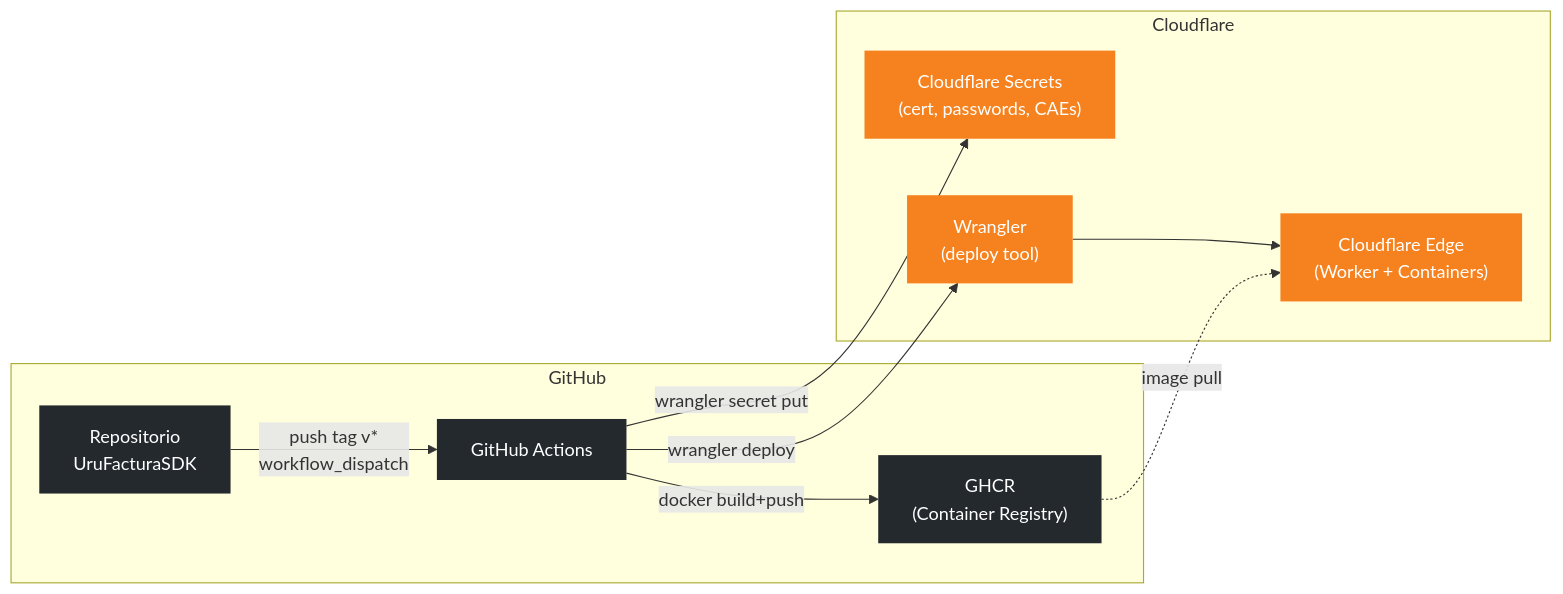
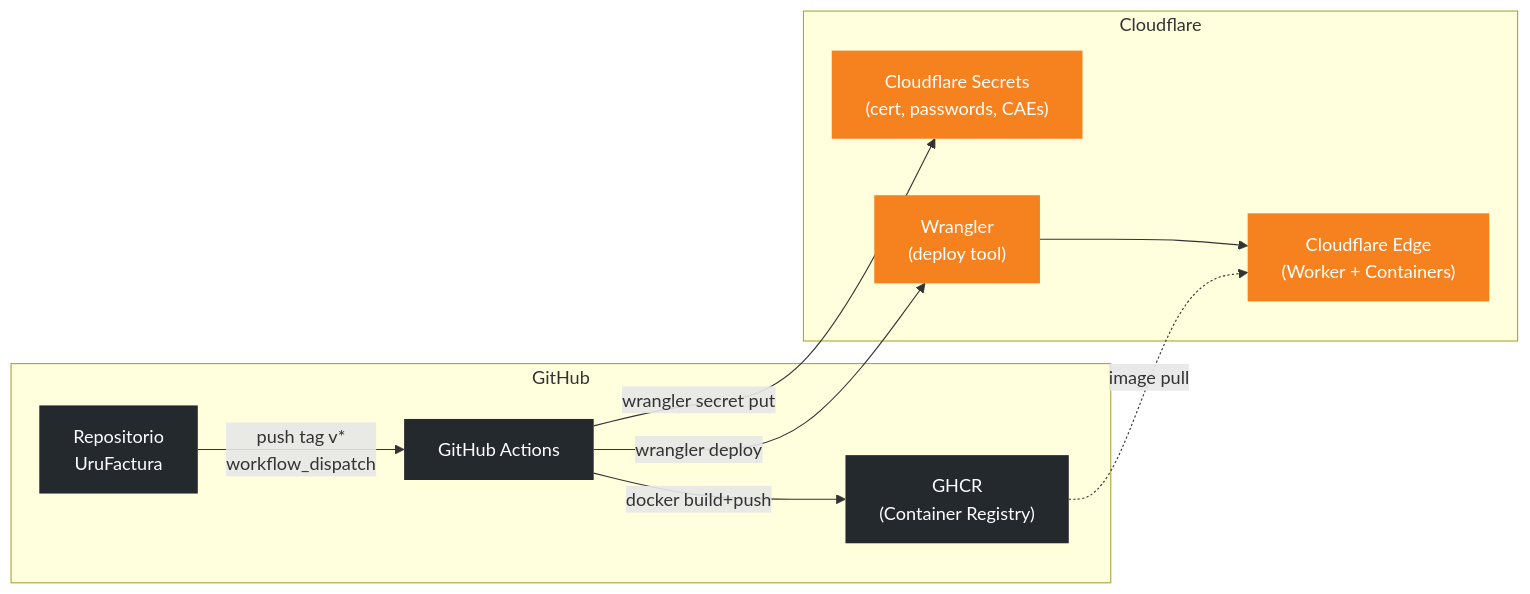
One commit to MathiasGonzalez/UruFacturaSDK changed the third of 8 diagrams in docs/ARQUITECTURA_CLOUDFLARE.md. Above: the diagram before and after it, drawn with Mermaid. The commit also changed other lines of this file and 145 other files, not shown here.

First line of the commit message:
refactor: rename UruFacturaSDK → UruFactura across entire repository (#34)

````diff
--- a/docs/ARQUITECTURA_CLOUDFLARE.md
+++ b/docs/ARQUITECTURA_CLOUDFLARE.md
@@ -175,26 +175,26 @@
 ```mermaid
 graph LR
     subgraph "GitHub"
-        REPO["Repositorio<br/>UruFacturaSDK"]
+        REPO["Repositorio<br/>UruFactura"]
         GHA["GitHub Actions"]
         GHCR["GHCR<br/>(Container Registry)"]
     end
 
     subgraph "Cloudflare"
         SECRETS["Cloudflare Secrets<br/>(cert, passwords, CAEs)"]
         WRANGLER["Wrangler<br/>(deploy tool)"]
         EDGE["Cloudflare Edge<br/>(Worker + Containers)"]
     end
 
     REPO -->|"push tag v*<br/>workflow_dispatch"| GHA
     GHA -->|"docker build+push"| GHCR
     GHA -->|"wrangler secret put"| SECRETS
     GHA -->|"wrangler deploy"| WRANGLER
     WRANGLER --> EDGE
     GHCR -.->|"image pull"| EDGE
 
     classDef gh fill:#24292e,color:#fff,stroke:none
     classDef cf fill:#f6821f,color:#fff,stroke:none
     class REPO,GHA,GHCR gh
     class SECRETS,WRANGLER,EDGE cf
 ```
````
